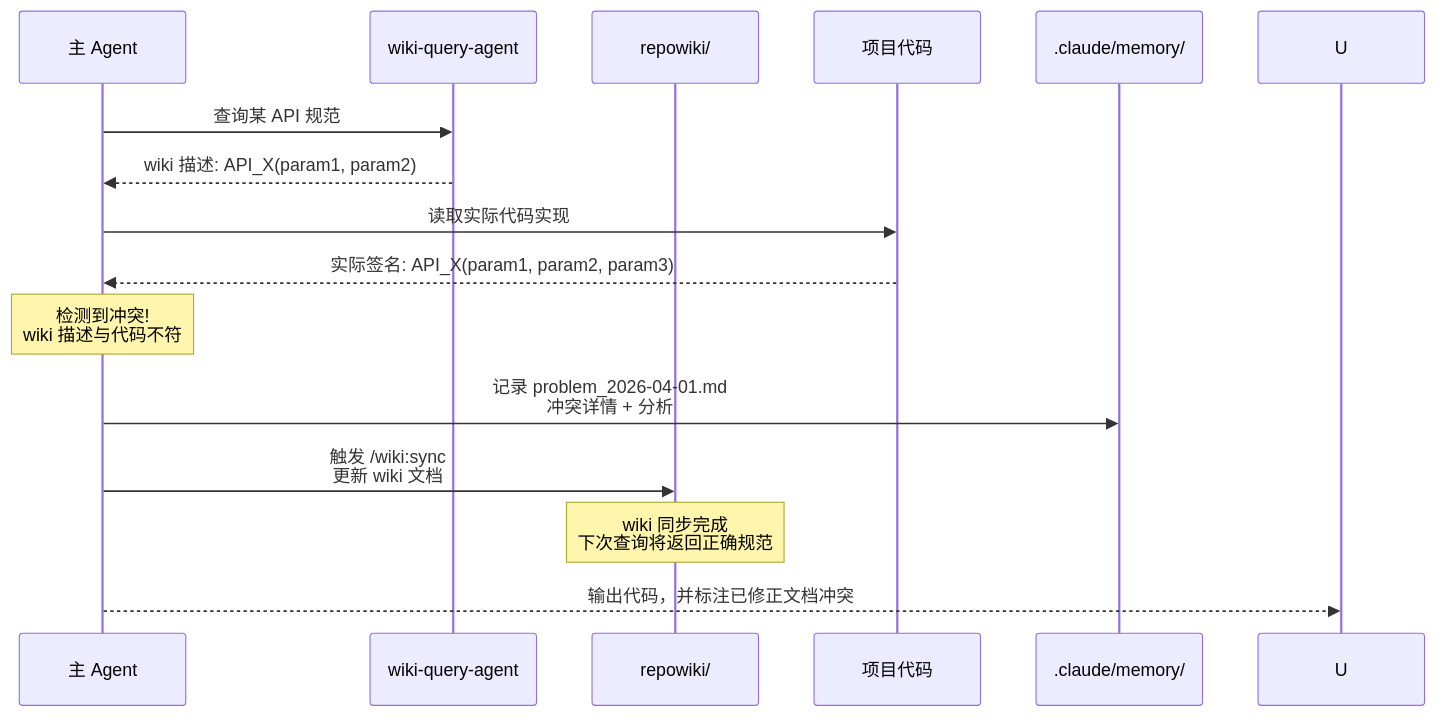
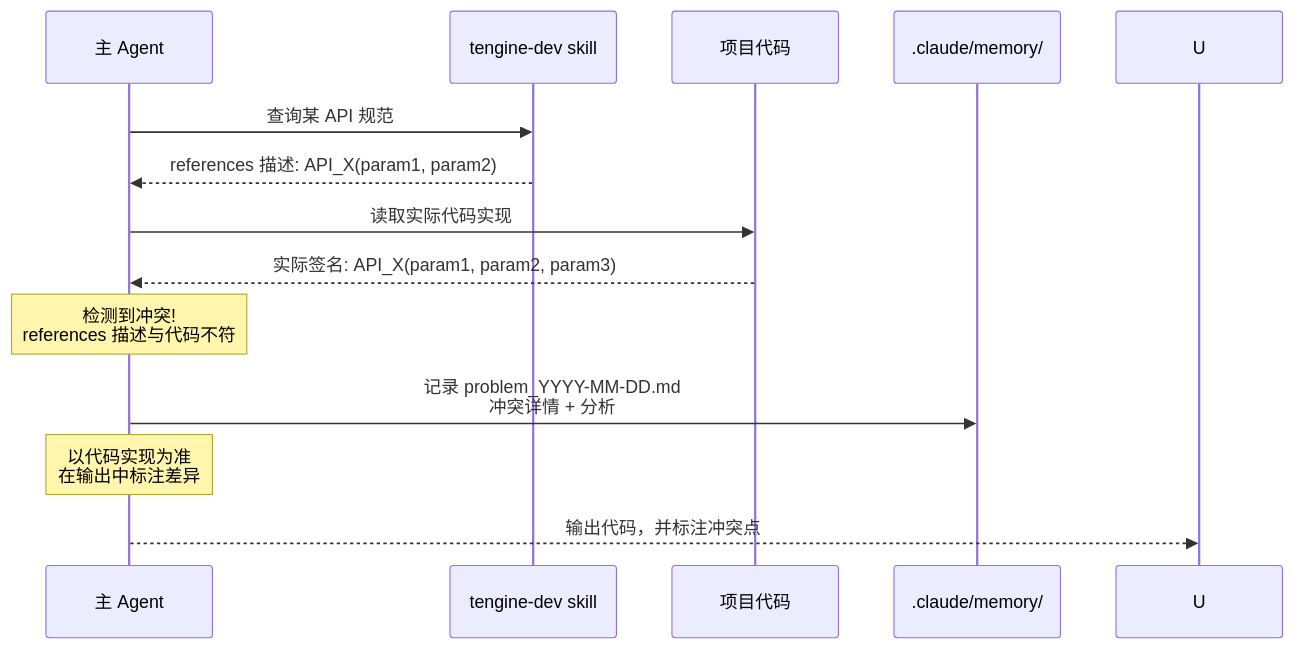
The fifth of 14 diagrams in Books/AI-Development-Workflow.md (tpxxn/TEngine), drawn with Mermaid before and after one commit. The commit also changed other lines of this file and 3 other files, not shown here.

First line of the commit message:
Switch docs from wiki-query-agent to tengine-dev skill

````diff
--- a/Books/AI-Development-Workflow.md
+++ b/Books/AI-Development-Workflow.md
@@ -247,23 +242,21 @@
 ```mermaid
 sequenceDiagram
     participant M as 主 Agent
-    participant S as wiki-query-agent
-    participant W as repowiki/
+    participant S as tengine-dev skill
     participant Code as 项目代码
     participant Mem as .claude/memory/
 
     M->>S: 查询某 API 规范
-    S-->>M: wiki 描述: API_X(param1, param2)
+    S-->>M: references 描述: API_X(param1, param2)
 
     M->>Code: 读取实际代码实现
     Code-->>M: 实际签名: API_X(param1, param2, param3)
 
-    Note over M: 检测到冲突!<br/>wiki 描述与代码不符
+    Note over M: 检测到冲突!<br/>references 描述与代码不符
 
-    M->>Mem: 记录 problem_2026-04-01.md<br/>冲突详情 + 分析
-    M->>W: 触发 /wiki:sync<br/>更新 wiki 文档
+    M->>Mem: 记录 problem_YYYY-MM-DD.md<br/>冲突详情 + 分析
 
-    Note over W: wiki 同步完成<br/>下次查询将返回正确规范
+    Note over M: 以代码实现为准<br/>在输出中标注差异
 
-    M-->>U: 输出代码，并标注已修正文档冲突
+    M-->>U: 输出代码，并标注冲突点
 ```
````
